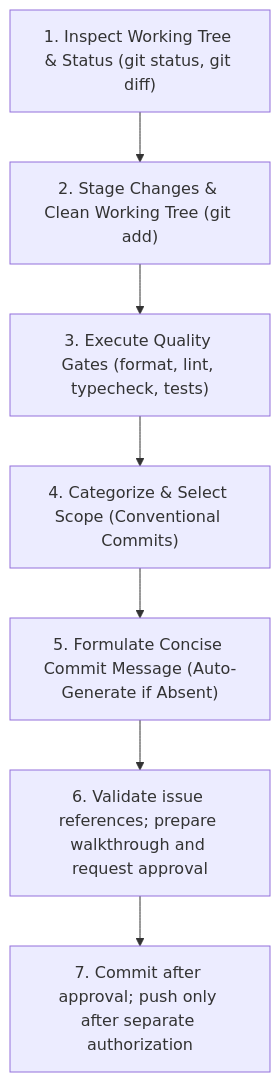
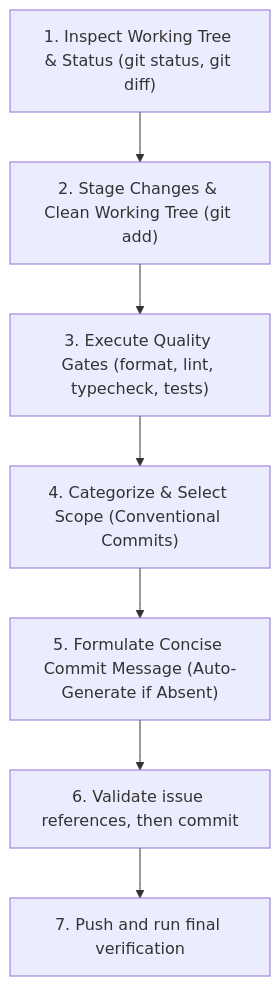
Before and after one commit to SteveRodrigue/MCD: the diagram in .agents/skills/commit-and-push/SKILL.md, drawn with Mermaid. The commit also changed other lines of this file and 5 other files, not shown here.

First line of the commit message:
docs(hooks): Remove mid-flow approval gate from delivery skills

````diff
--- a/.agents/skills/commit-and-push/SKILL.md
+++ b/.agents/skills/commit-and-push/SKILL.md
@@ -27,9 +27,9 @@
 ```mermaid
 flowchart TD
     S1["1. Inspect Working Tree & Status (git status, git diff)"] --> S2["2. Stage Changes & Clean Working Tree (git add)"]
     S2 --> S3["3. Execute Quality Gates (format, lint, typecheck, tests)"]
     S3 --> S4["4. Categorize & Select Scope (Conventional Commits)"]
     S4 --> S5["5. Formulate Concise Commit Message (Auto-Generate if Absent)"]
-      S5 --> S6["6. Validate issue references; prepare walkthrough and request approval"]
-      S6 --> S7["7. Commit after approval; push only after separate authorization"]
+      S5 --> S6["6. Validate issue references, then commit"]
+      S6 --> S7["7. Push and run final verification"]
 ```
````
